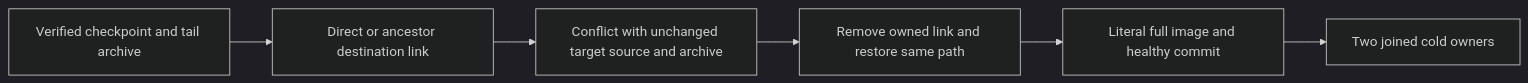
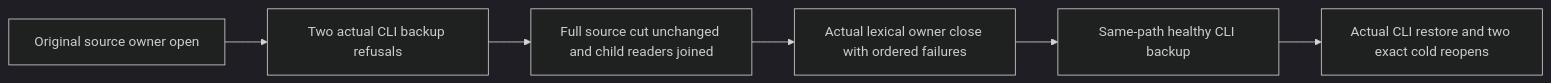
The second of 5 diagrams in docs/Features/BackupRestore.md (managedcode/KeyLoad), drawn with Mermaid (dark theme) before and after one commit. The commit also changed other lines of this file and 1072 other files, not shown here.

````diff
--- a/docs/Features/BackupRestore.md
+++ b/docs/Features/BackupRestore.md
@@ -178,8 +120,8 @@
 ```mermaid
 flowchart LR
- A[Verified checkpoint and tail archive] --> B[Direct or ancestor destination link]
- B --> C[Conflict with unchanged target source and archive]
- C --> D[Remove owned link and restore same path]
- D --> E[Literal full image and healthy commit]
- E --> F[Two joined cold owners]
+  A[Original source owner open] --> B[Two actual CLI backup refusals]
+  B --> C[Full source cut unchanged and child readers joined]
+  C --> D[Actual lexical owner close with ordered failures]
+  D --> E[Same-path healthy CLI backup]
+  E --> F[Actual CLI restore and two exact cold reopens]
 ```
````
